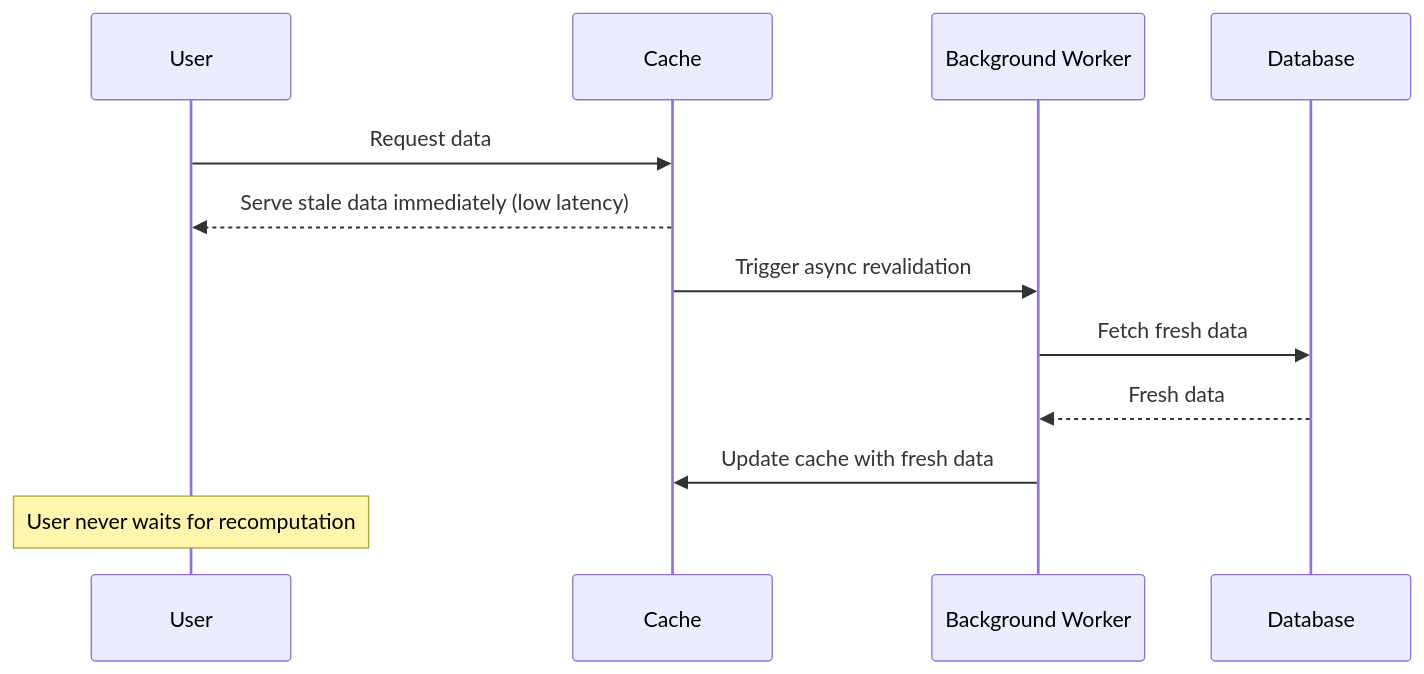
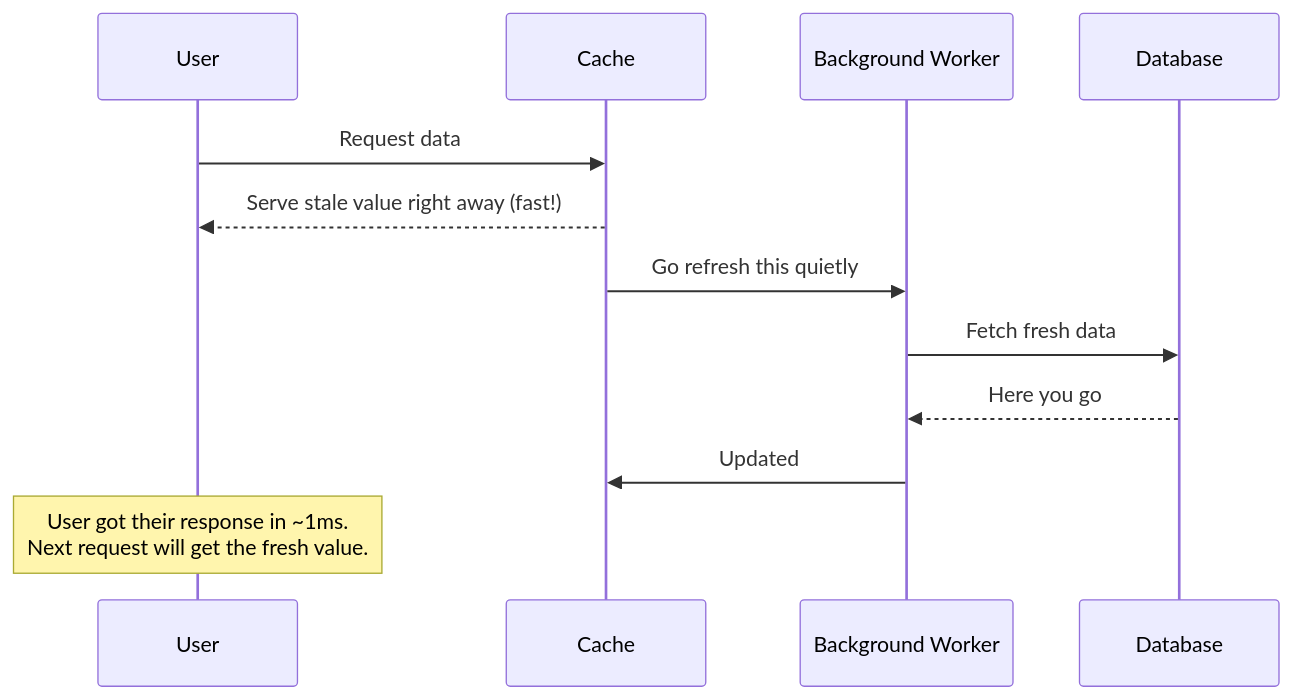
The fifth of 7 diagrams in content/posts/39-caching-strategies.md (g-savitha/portfolio), drawn with Mermaid before and after one commit. The commit also changed other lines of this file, not shown here.

````diff
--- a/content/posts/39-caching-strategies.md
+++ b/content/posts/39-caching-strategies.md
@@ -149,15 +260,15 @@
 ```mermaid
 sequenceDiagram
     participant User
     participant Cache
     participant Background Worker
     participant Database
 
     User->>Cache: Request data
-    Cache-->>User: Serve stale data immediately (low latency)
-    Cache->>Background Worker: Trigger async revalidation
+    Cache-->>User: Serve stale value right away (fast!)
+    Cache->>Background Worker: Go refresh this quietly
     Background Worker->>Database: Fetch fresh data
-    Database-->>Background Worker: Fresh data
-    Background Worker->>Cache: Update cache with fresh data
-    Note over User: User never waits for recomputation
+    Database-->>Background Worker: Here you go
+    Background Worker->>Cache: Updated
+    Note over User: User got their response in ~1ms.<br/>Next request will get the fresh value.
 ```
````
